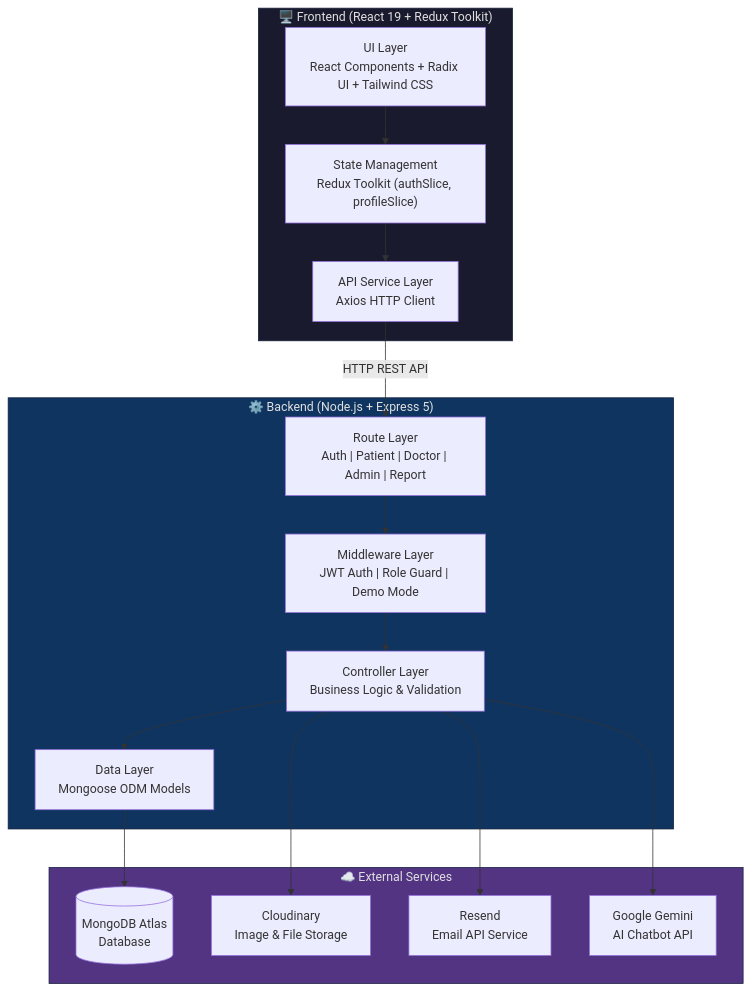
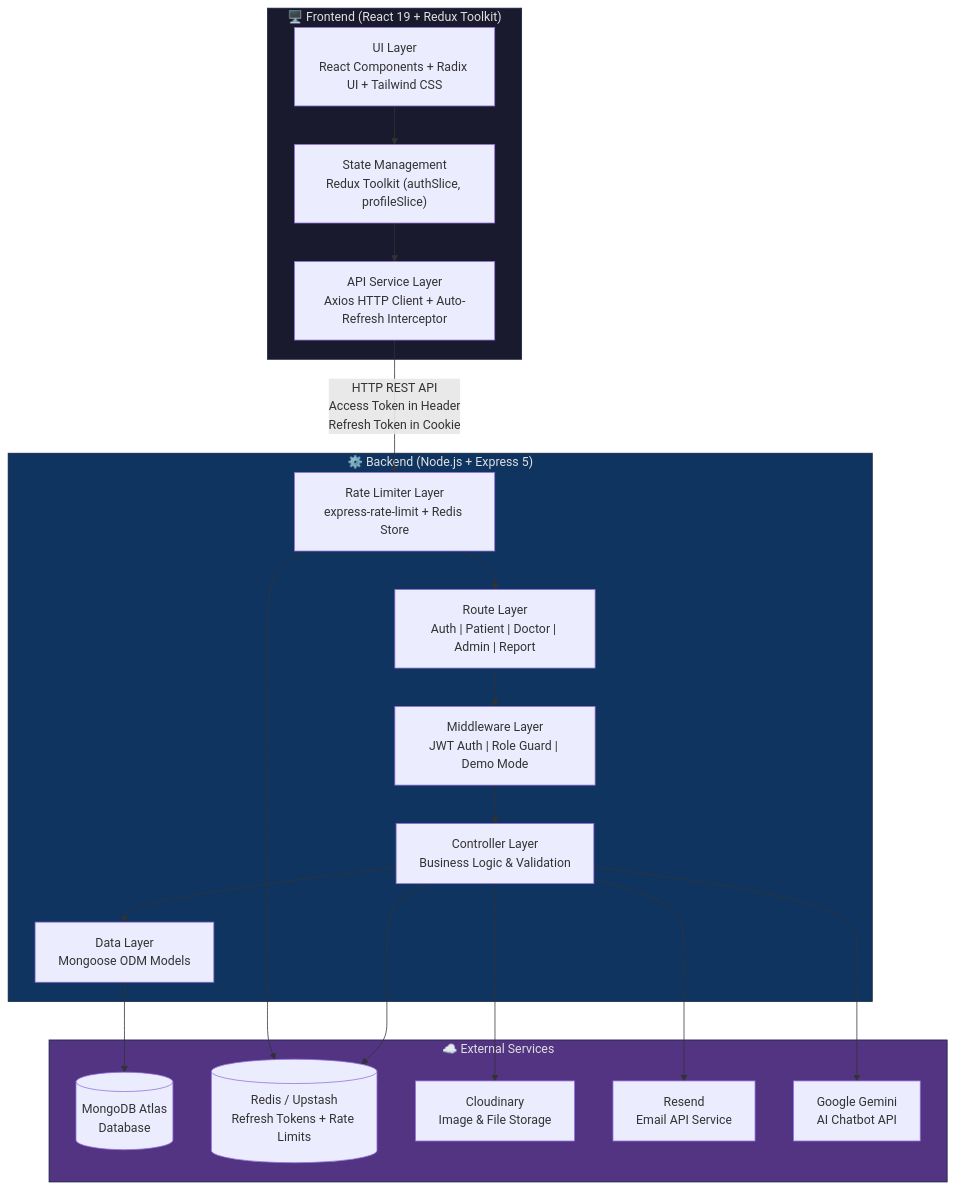
Before and after one commit to Gagan202005/Hospital_Management_System: the first of 7 diagrams in README.md, drawn with Mermaid. The commit also changed other lines of this file, not shown here.

First line of the commit message:
docs: update README with Redis, refresh tokens, and rate limiting documentation

````diff
--- a/README.md
+++ b/README.md
@@ -89,37 +92,42 @@
 ```mermaid
 graph TB
     subgraph Client["🖥️ Frontend (React 19 + Redux Toolkit)"]
         UI["UI Layer<br/>React Components + Radix UI + Tailwind CSS"]
         STATE["State Management<br/>Redux Toolkit (authSlice, profileSlice)"]
-        SERVICES["API Service Layer<br/>Axios HTTP Client"]
+        SERVICES["API Service Layer<br/>Axios HTTP Client + Auto-Refresh Interceptor"]
     end
 
     subgraph Server["⚙️ Backend (Node.js + Express 5)"]
+        RL["Rate Limiter Layer<br/>express-rate-limit + Redis Store"]
         ROUTES["Route Layer<br/>Auth | Patient | Doctor | Admin | Report"]
         MW["Middleware Layer<br/>JWT Auth | Role Guard | Demo Mode"]
         CTRL["Controller Layer<br/>Business Logic & Validation"]
         MODELS["Data Layer<br/>Mongoose ODM Models"]
     end
 
     subgraph External["☁️ External Services"]
         DB[("MongoDB Atlas<br/>Database")]
+        REDIS[("Redis / Upstash<br/>Refresh Tokens + Rate Limits")]
         CLOUD["Cloudinary<br/>Image & File Storage"]
         MAIL["Resend<br/>Email API Service"]
         GEMINI["Google Gemini<br/>AI Chatbot API"]
     end
 
     UI --> STATE
     STATE --> SERVICES
-    SERVICES -- "HTTP REST API" --> ROUTES
+    SERVICES -- "HTTP REST API<br/>Access Token in Header<br/>Refresh Token in Cookie" --> RL
+    RL --> ROUTES
     ROUTES --> MW
     MW --> CTRL
     CTRL --> MODELS
     MODELS --> DB
+    CTRL --> REDIS
+    RL --> REDIS
     CTRL --> CLOUD
     CTRL --> MAIL
     CTRL --> GEMINI
 
     style Client fill:#1a1a2e,stroke:#16213e,color:#e0e0e0
     style Server fill:#0f3460,stroke:#16213e,color:#e0e0e0
     style External fill:#533483,stroke:#16213e,color:#e0e0e0
 ```
````
